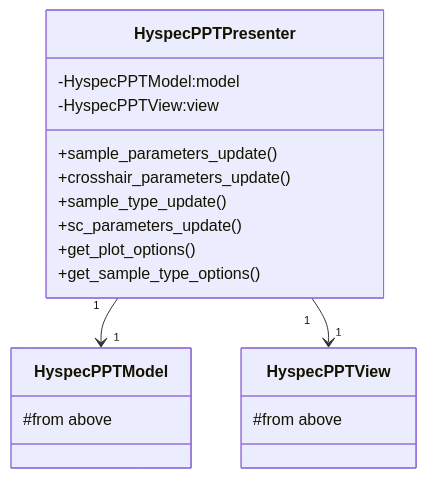
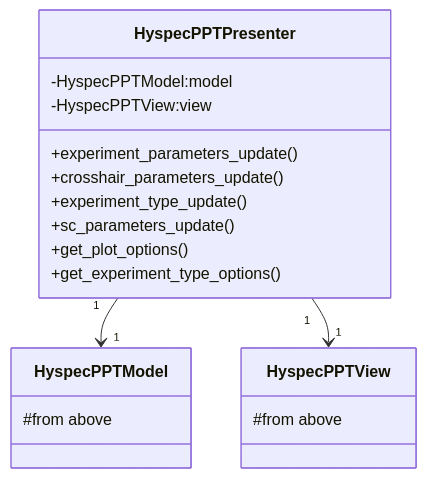
One commit to neutrons/hyspecppt changed the third of 13 diagrams in docs/source/design/hyspecpptclasses.rst. Above: the diagram before and after it, drawn with Mermaid. The commit also changed other lines of this file and 1 other file, not shown here.

Commit message:
sample renamed to experiment, single crystal type worflow update and other based on discussion

```diff
--- a/docs/source/design/hyspecpptclasses.rst
+++ b/docs/source/design/hyspecpptclasses.rst
@@ -404,24 +422,24 @@
 .. mermaid::
 
  classDiagram
     HyspecPPTPresenter "1" -->"1" HyspecPPTModel
     HyspecPPTPresenter "1" -->"1" HyspecPPTView
 
     class HyspecPPTPresenter{
         -HyspecPPTModel:model
         -HyspecPPTView:view
-        +sample_parameters_update()
+        +experiment_parameters_update()
         +crosshair_parameters_update()
-        +sample_type_update()
+        +experiment_type_update()
         +sc_parameters_update()
         +get_plot_options()
-        +get_sample_type_options()
+        +get_experiment_type_options()
     }
 
     class HyspecPPTModel{
         #from above
     }
 
     class HyspecPPTView{
         #from above
     }
```
